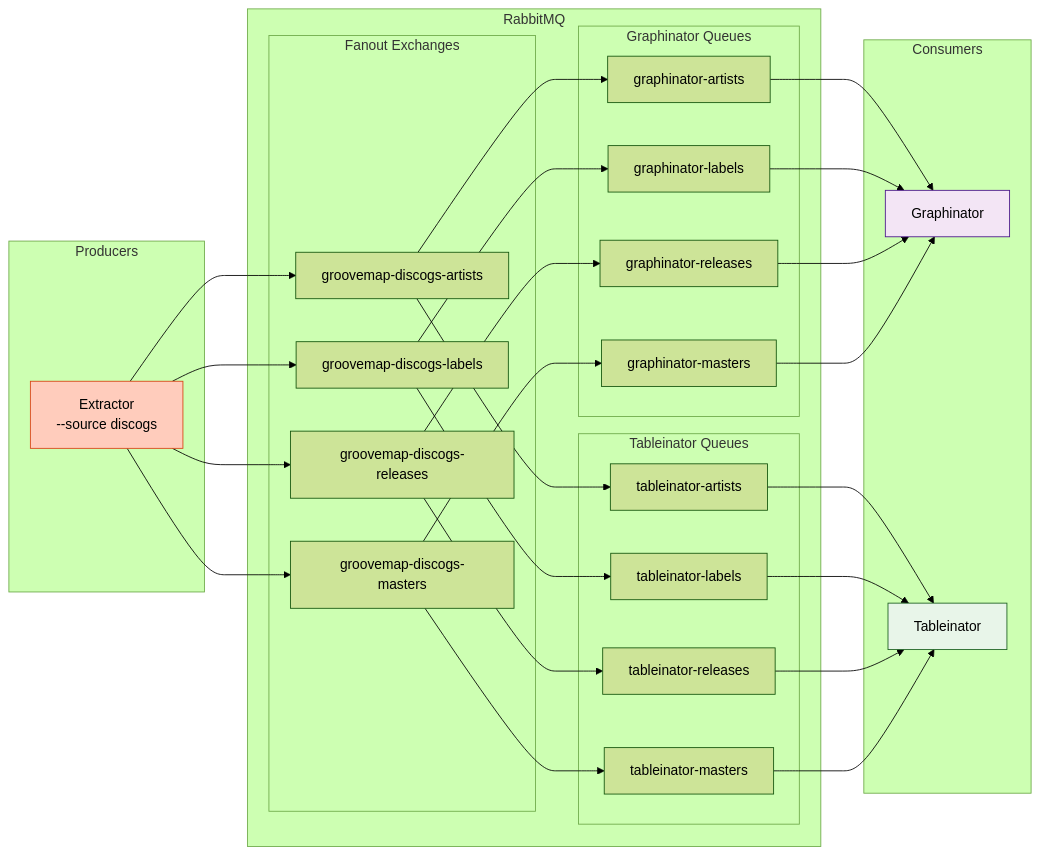
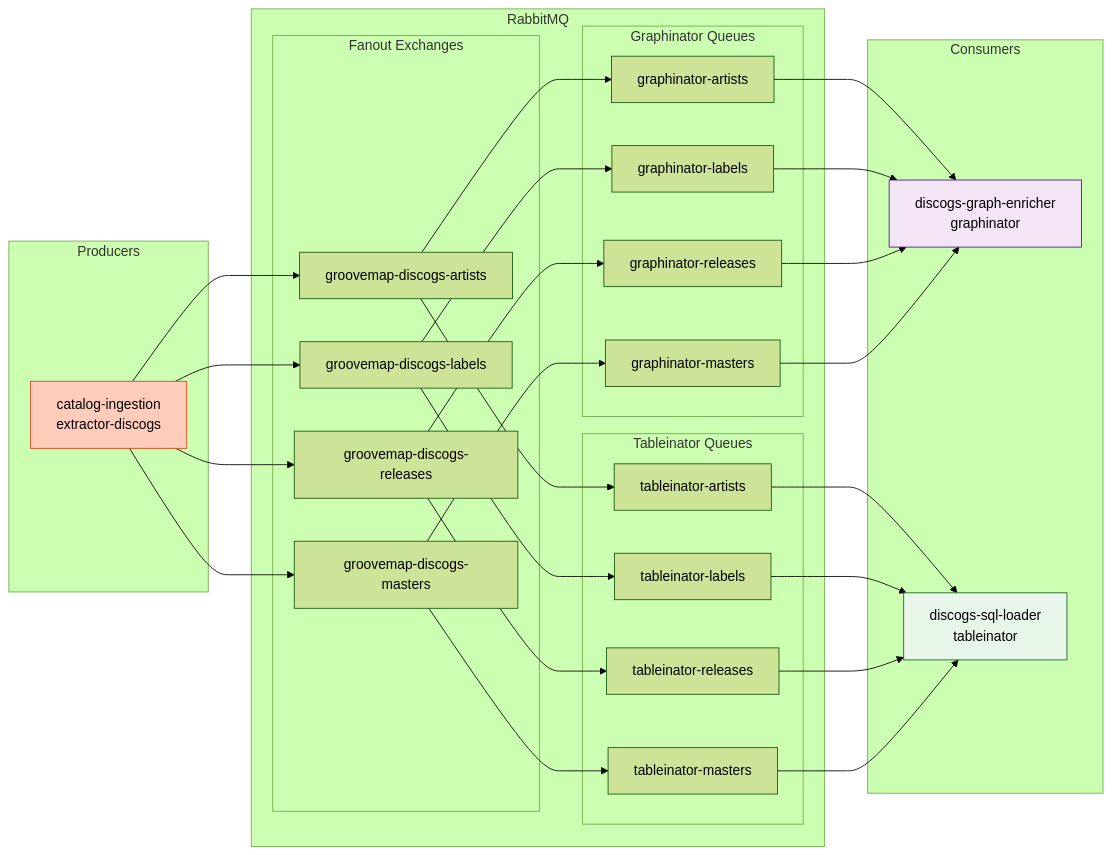
The fifth of 7 diagrams in docs/architecture.md (groovemap-music/deployment), drawn with Mermaid (forest theme) before and after one commit. The commit also changed other lines of this file and 19 other files, not shown here.

````diff
--- a/docs/architecture.md
+++ b/docs/architecture.md
@@ -653,48 +659,48 @@
 ```mermaid
 graph LR
     subgraph Producers
-        EXT[Extractor<br/>--source discogs]
+        EXT[catalog-ingestion<br/>extractor-discogs]
     end
 
     subgraph RabbitMQ
         subgraph Fanout Exchanges
             AX[groovemap-discogs-artists]
             LX[groovemap-discogs-labels]
             RX[groovemap-discogs-releases]
             MX[groovemap-discogs-masters]
         end
 
         subgraph Graphinator Queues
             GAQ[graphinator-artists]
             GLQ[graphinator-labels]
             GRQ[graphinator-releases]
             GMQ[graphinator-masters]
         end
 
         subgraph Tableinator Queues
             TAQ[tableinator-artists]
             TLQ[tableinator-labels]
             TRQ[tableinator-releases]
             TMQ[tableinator-masters]
         end
     end
 
     subgraph Consumers
-        GRAPH[Graphinator]
-        TABLE[Tableinator]
+        GRAPH[discogs-graph-enricher<br/>graphinator]
+        TABLE[discogs-sql-loader<br/>tableinator]
     end
 
     EXT --> AX & LX & RX & MX
 
     AX --> GAQ & TAQ
     LX --> GLQ & TLQ
     RX --> GRQ & TRQ
     MX --> GMQ & TMQ
 
     GAQ & GLQ & GRQ & GMQ --> GRAPH
     TAQ & TLQ & TRQ & TMQ --> TABLE
 
     style EXT fill:#ffccbc,stroke:#d84315
     style GRAPH fill:#f3e5f5,stroke:#4a148c
     style TABLE fill:#e8f5e9,stroke:#1b5e20
 ```
````
